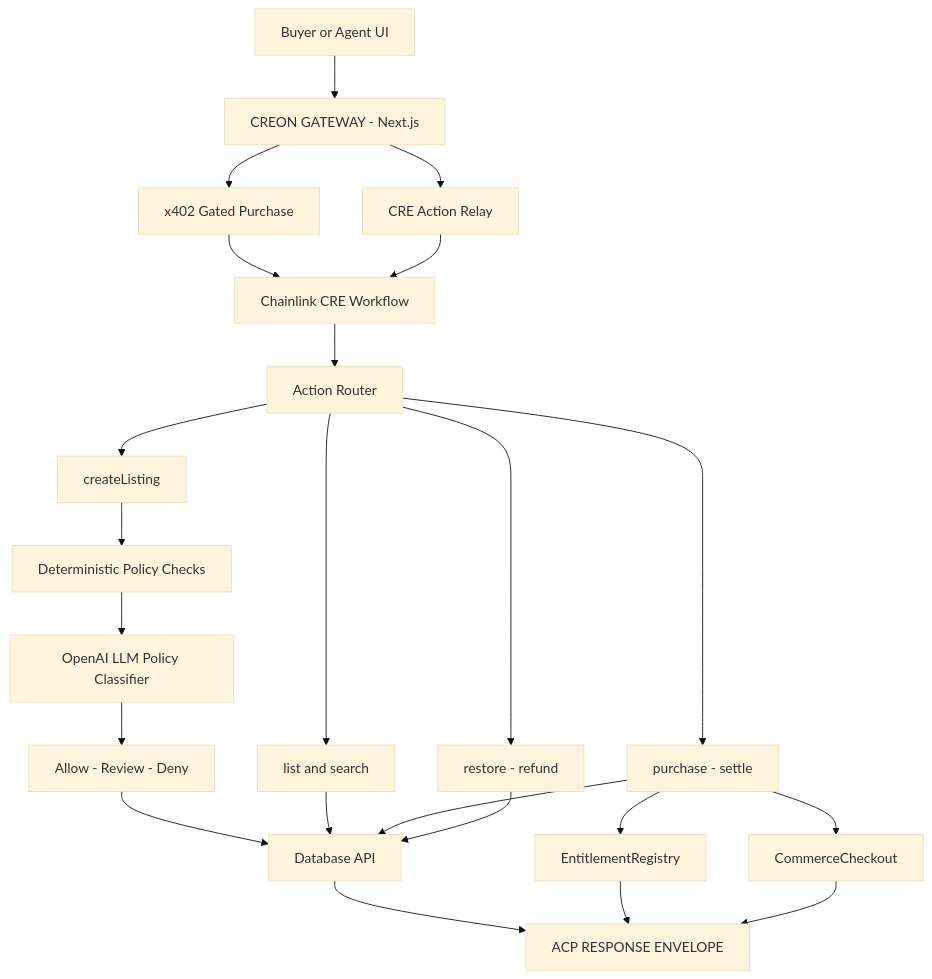
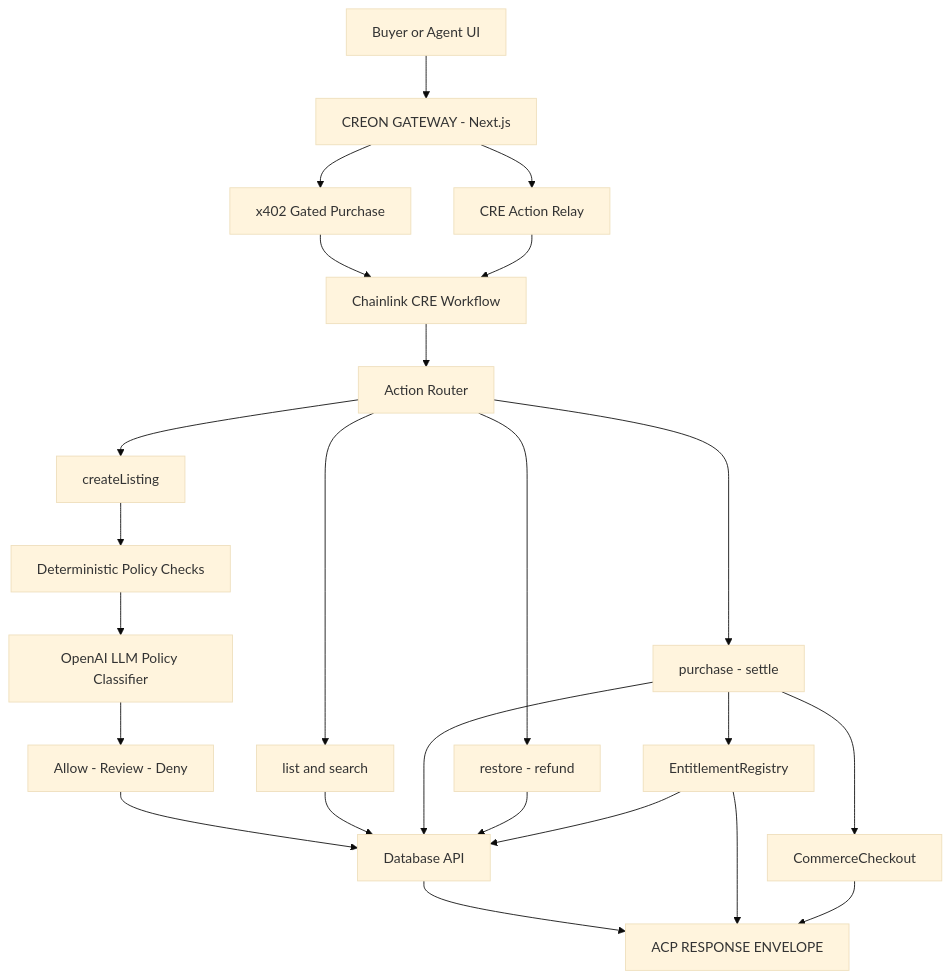
Before and after one commit to raldblox/creon: the diagram in README.md, drawn with Mermaid (base theme).

````diff
--- a/README.md
+++ b/README.md
@@ -25,28 +25,29 @@
 ```mermaid
 flowchart TD
   A[Buyer or Agent UI] --> B[CREON GATEWAY - Next.js]
   B --> C[x402 Gated Purchase]
   B --> D[CRE Action Relay]
   C --> E[Chainlink CRE Workflow]
   D --> E
 
   E --> F[Action Router]
   F --> G[createListing]
   F --> H[list and search]
   F --> I[purchase - settle]
   F --> J[restore - refund ]
 
   G --> K[Deterministic Policy Checks]
   K --> L[OpenAI LLM Policy Classifier]
   L --> M[Allow - Review - Deny]
   M --> N[Database API]
   H --> N
   I --> N
   J --> N
 
   I --> O[EntitlementRegistry]
   I --> P[CommerceCheckout]
   N --> Q[ACP RESPONSE ENVELOPE]
+  O --> N
   O --> Q
   P --> Q
 ```
````
